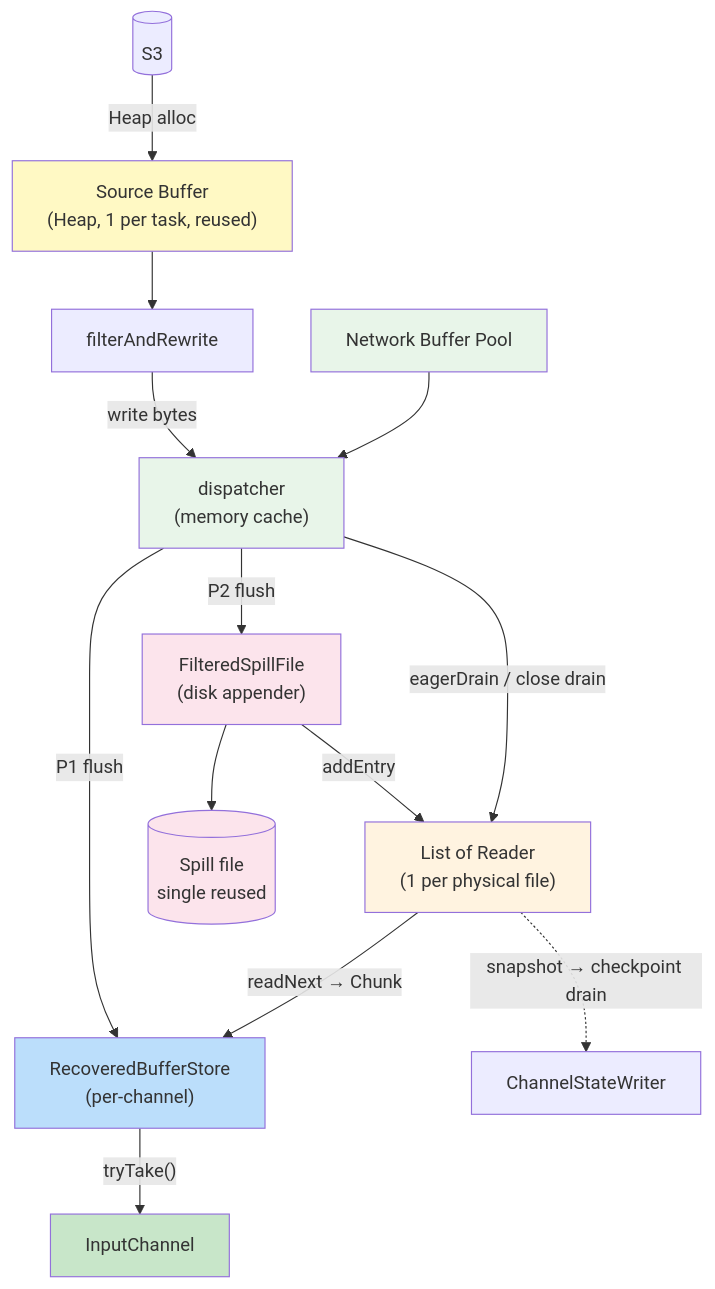
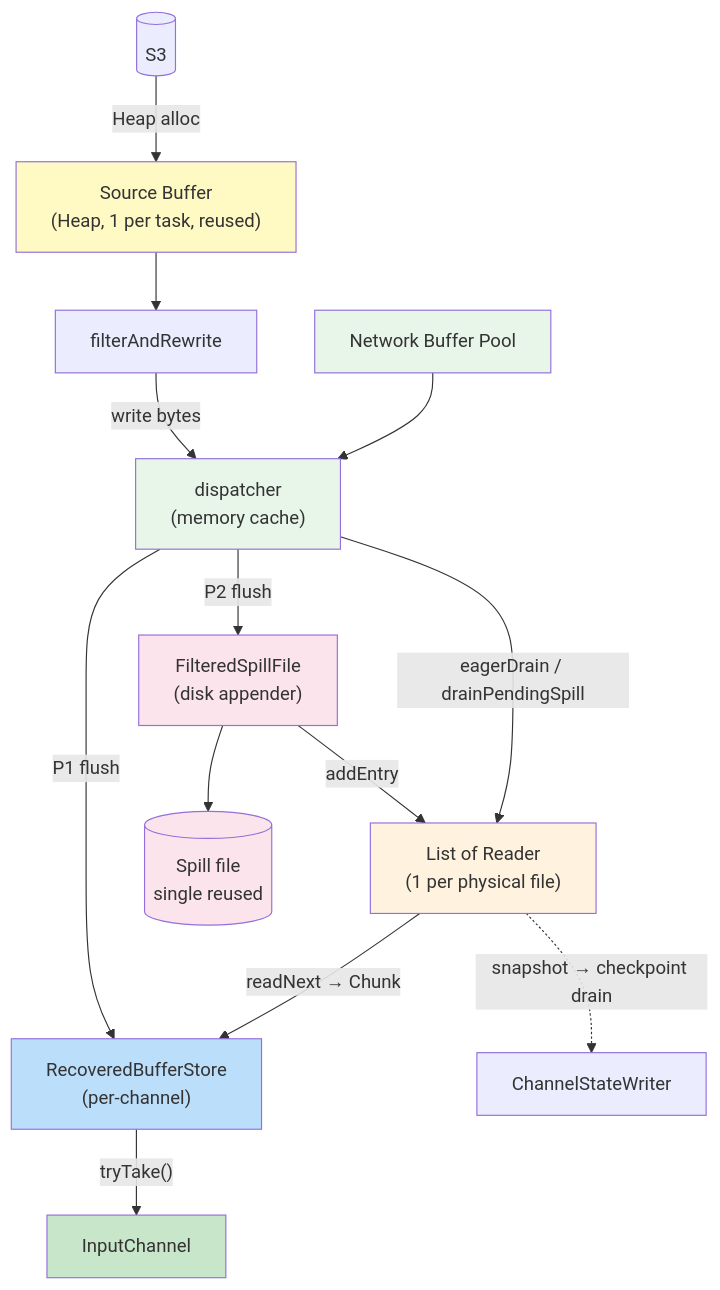
One commit to 1996fanrui/flink changed the second of 7 diagrams in requirements/38544/data_flow.md. Above: the diagram before and after it, drawn with Mermaid. The commit also changed other lines of this file and 12 other files, not shown here.

````diff
--- a/requirements/38544/data_flow.md
+++ b/requirements/38544/data_flow.md
@@ -30,35 +30,35 @@
 ```mermaid
 graph TD
     S3[(S3)]
     SB["Source Buffer<br/>(Heap, 1 per task, reused)"]
     Filter["filterAndRewrite"]
     DP["dispatcher<br/>(memory cache)"]
     Pool["Network Buffer Pool"]
     Writer["FilteredSpillFile<br/>(disk appender)"]
     Disk[(Spill file<br/>single reused)]
     Readers["List of Reader<br/>(1 per physical file)"]
     Store["RecoveredBufferStore<br/>(per-channel)"]
     IC["InputChannel"]
     CSW["ChannelStateWriter"]
 
     S3 -->|"Heap alloc"| SB
     SB --> Filter -->|"write bytes"| DP
     Pool --> DP
     DP -->|"P1 flush"| Store
     DP -->|"P2 flush"| Writer
-    DP -->|"eagerDrain / close drain"| Readers
+    DP -->|"eagerDrain / drainPendingSpill"| Readers
     Writer --> Disk
     Writer -->|"addEntry"| Readers
     Readers -->|"readNext → Chunk"| Store
     Readers -.->|"snapshot → checkpoint drain"| CSW
     Store -->|"tryTake()"| IC
 
     style SB fill:#fff9c4
     style DP fill:#e8f5e9
     style Pool fill:#e8f5e9
     style Writer fill:#fce4ec
     style Disk fill:#fce4ec
     style Readers fill:#fff3e0
     style Store fill:#bbdefb
     style IC fill:#c8e6c9
 ```
````
